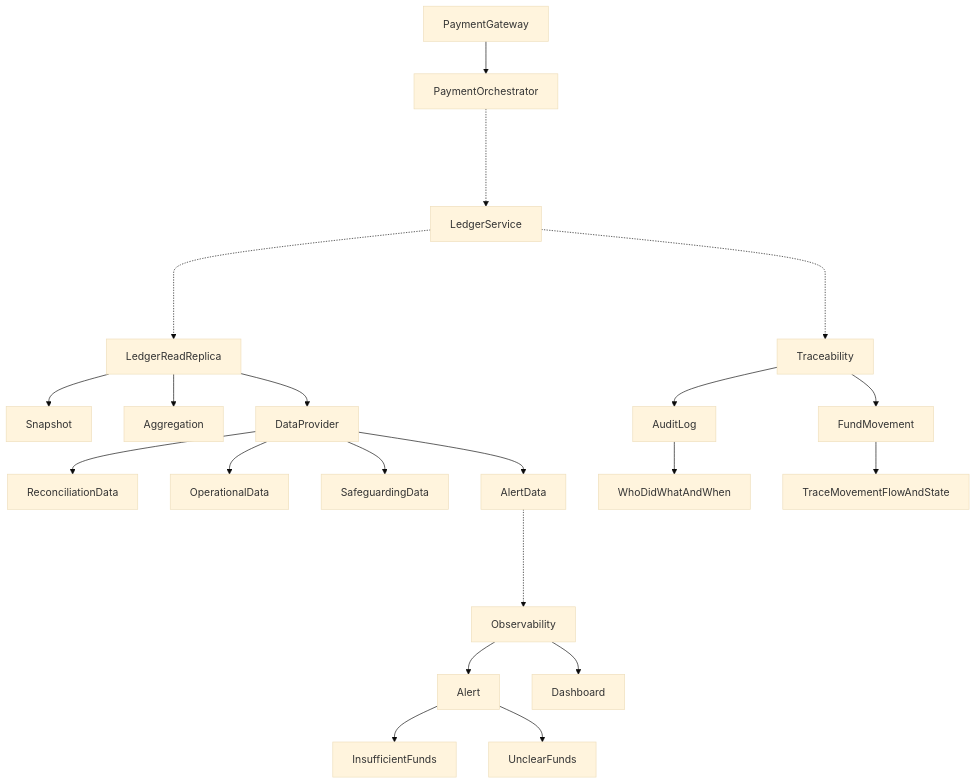
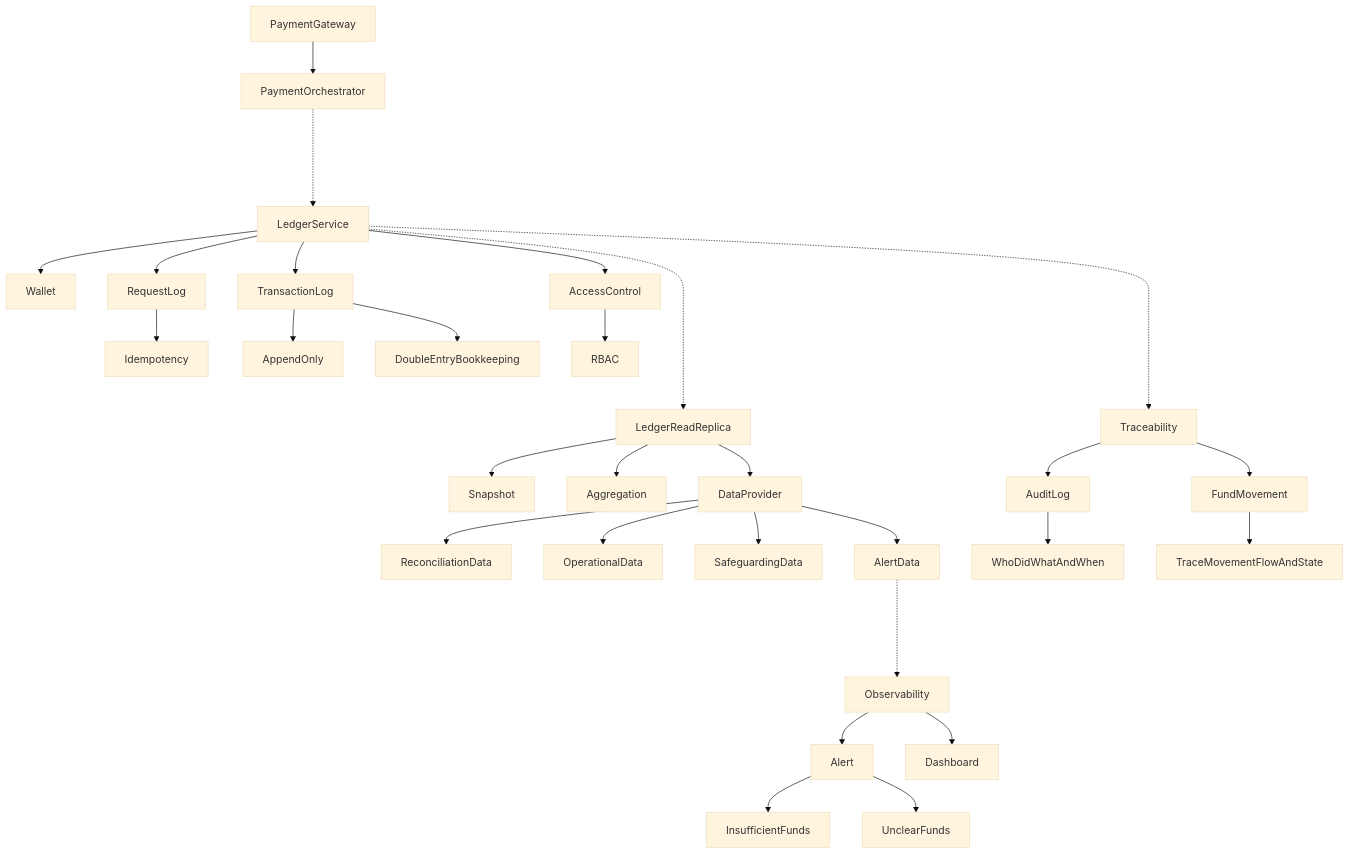
The sixth of 6 diagrams in README.md (raychongtk/wallet), drawn with Mermaid (base theme) before and after one commit. The commit also changed other lines of this file, not shown here.

````diff
--- a/README.md
+++ b/README.md
@@ -275,23 +289,31 @@
 ```mermaid
 flowchart TD
     PaymentGateway --> PaymentOrchestrator
     PaymentOrchestrator -...-> LedgerService
     LedgerService -...-> LedgerReadReplica
+    LedgerService --> Wallet
+    LedgerService --> RequestLog
+    RequestLog --> Idempotency
+    LedgerService --> TransactionLog
+    TransactionLog --> AppendOnly
+    TransactionLog --> DoubleEntryBookkeeping
+    AccessControl --> RBAC
+    LedgerService --> AccessControl
     LedgerReadReplica --> Snapshot
     LedgerReadReplica --> Aggregation
     LedgerReadReplica --> DataProvider
     DataProvider --> ReconciliationData
     DataProvider --> OperationalData
     DataProvider --> SafeguardingData
     DataProvider --> AlertData
     AlertData -...-> Observability
     Observability --> Alert
     Observability --> Dashboard
     Alert --> InsufficientFunds
     Alert --> UnclearFunds
     LedgerService -...-> Traceability
     Traceability --> AuditLog
     Traceability --> FundMovement
     AuditLog --> WhoDidWhatAndWhen
     FundMovement --> TraceMovementFlowAndState
 ```
````
